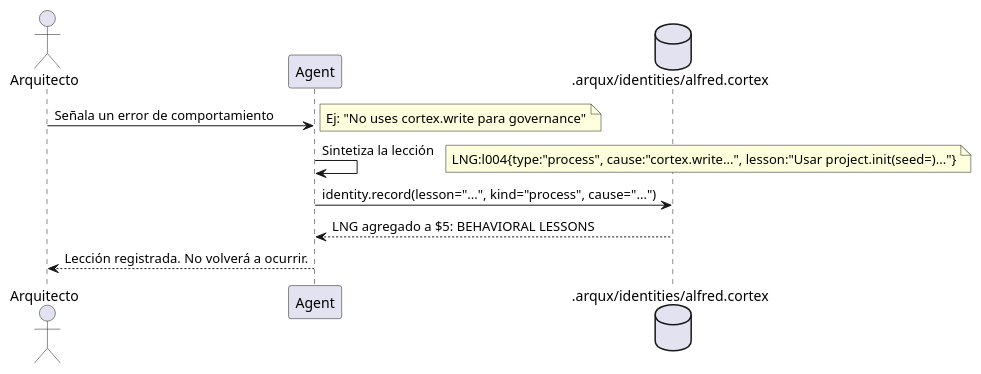
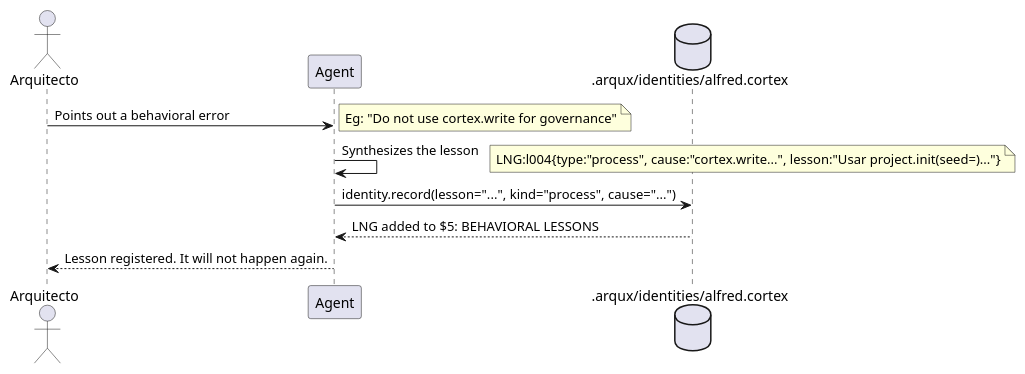
The fifth of 6 diagrams in src/arqux/skills/workflows.skill.md (FidelErnesto03/arqux), drawn with PlantUML before and after one commit. The commit also changed other lines of this file and 3 other files, not shown here.

```diff
--- a/src/arqux/skills/workflows.skill.md
+++ b/src/arqux/skills/workflows.skill.md
@@ -148,16 +148,16 @@
 @startuml
 actor "Arquitecto" as A
 participant Agent as G
 database ".arqux/identities/alfred.cortex" as ID
 
-A -> G: Señala un error de comportamiento
-note right: Ej: "No uses cortex.write para governance"
+A -> G: Points out a behavioral error
+note right: Eg: "Do not use cortex.write for governance"
 
-G -> G: Sintetiza la lección
+G -> G: Synthesizes the lesson
 note right: LNG:l004{type:"process", cause:"cortex.write...", lesson:"Usar project.init(seed=)..."}
 
 G -> ID: identity.record(lesson="...", kind="process", cause="...")
-ID --> G: LNG agregado a $5: BEHAVIORAL LESSONS
+ID --> G: LNG added to $5: BEHAVIORAL LESSONS
 
-G --> A: Lección registrada. No volverá a ocurrir.
+G --> A: Lesson registered. It will not happen again.
 @enduml
```
